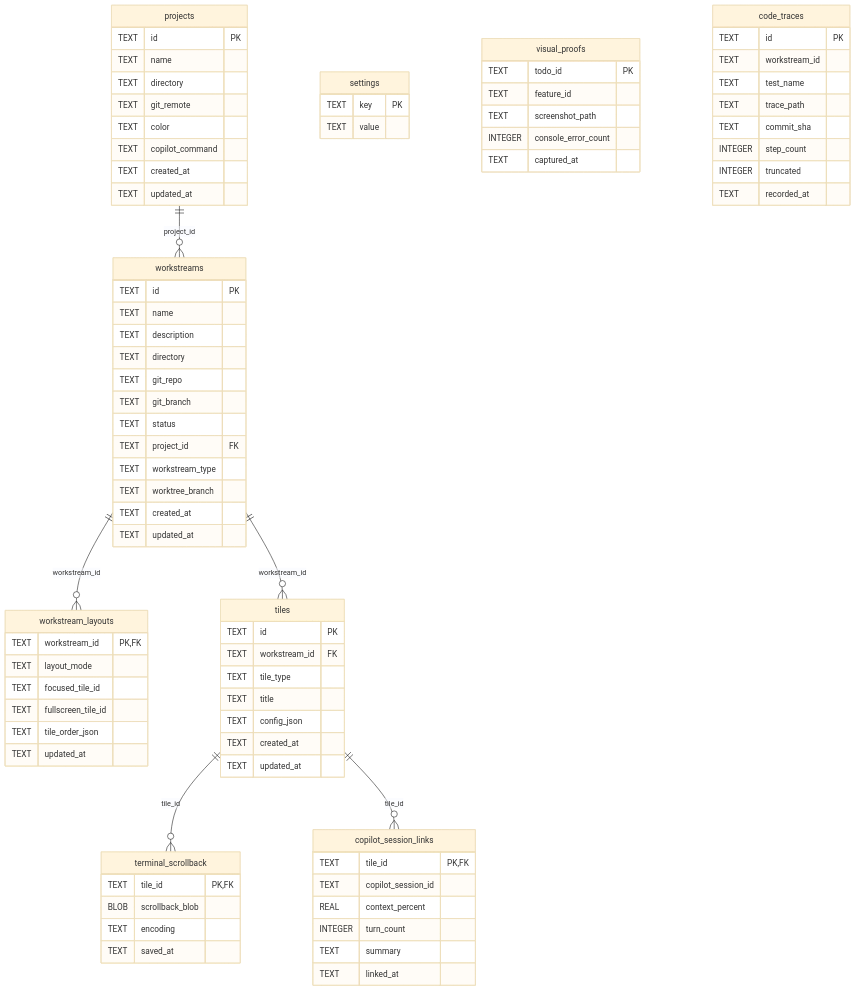
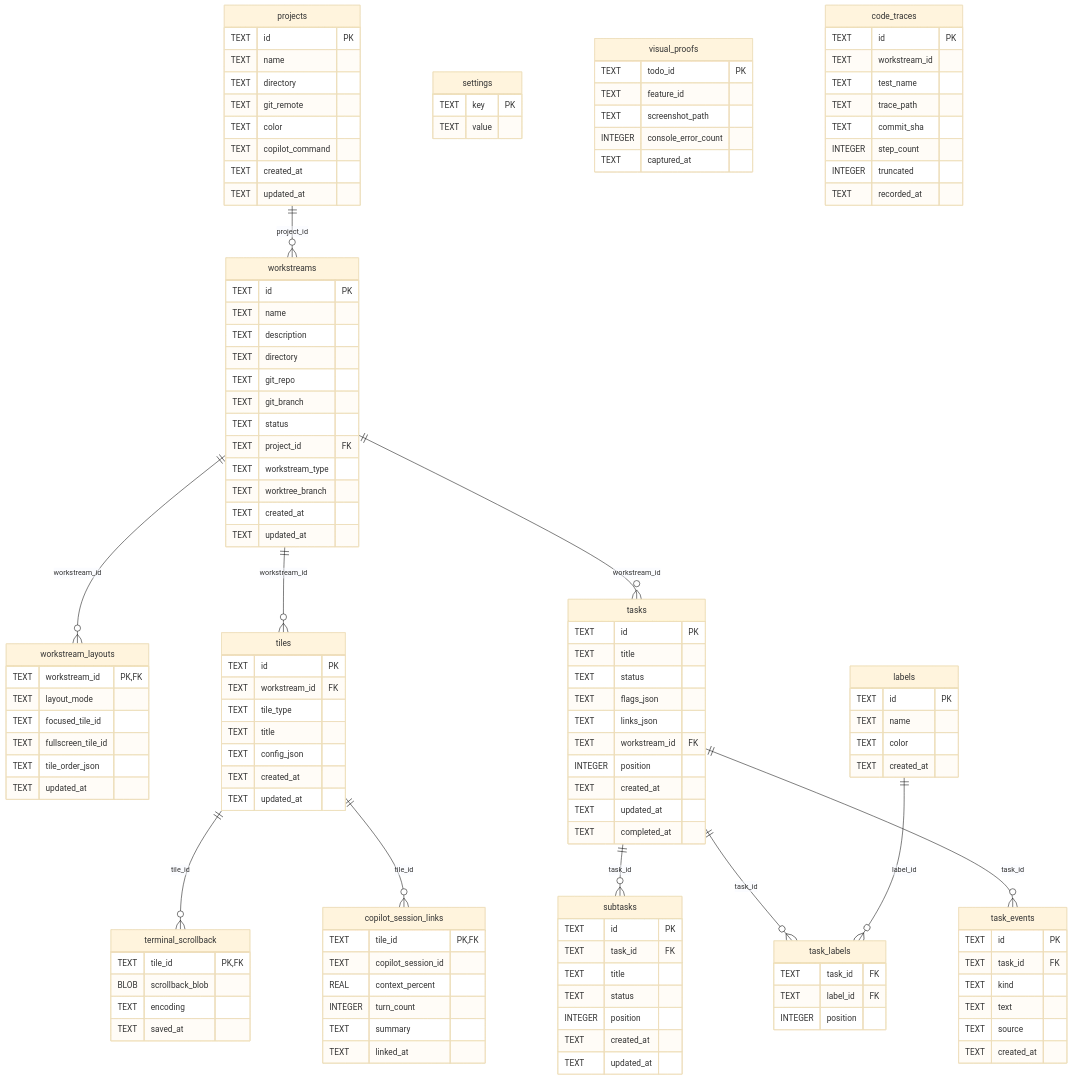
Before and after one commit to alejandroechev/workstreams: the diagram in docs/db-model.md, drawn with Mermaid (base theme). The commit also changed other lines of this file and 15 other files, not shown here.

First line of the commit message:
Add task/label/event domain model and backend

````diff
--- a/docs/db-model.md
+++ b/docs/db-model.md
@@ -22,6 +22,11 @@
   workstreams ||--o{ tiles : "workstream_id"
   tiles ||--o{ terminal_scrollback : "tile_id"
   tiles ||--o{ copilot_session_links : "tile_id"
+  workstreams ||--o{ tasks : "workstream_id"
+  tasks ||--o{ subtasks : "task_id"
+  tasks ||--o{ task_labels : "task_id"
+  labels ||--o{ task_labels : "label_id"
+  tasks ||--o{ task_events : "task_id"
   projects {
     TEXT id PK
     TEXT name
@@ -98,4 +103,44 @@
     INTEGER truncated
     TEXT recorded_at
   }
+  labels {
+    TEXT id PK
+    TEXT name
+    TEXT color
+    TEXT created_at
+  }
+  tasks {
+    TEXT id PK
+    TEXT title
+    TEXT status
+    TEXT flags_json
+    TEXT links_json
+    TEXT workstream_id FK
+    INTEGER position
+    TEXT created_at
+    TEXT updated_at
+    TEXT completed_at
+  }
+  subtasks {
+    TEXT id PK
+    TEXT task_id FK
+    TEXT title
+    TEXT status
+    INTEGER position
+    TEXT created_at
+    TEXT updated_at
+  }
+  task_labels {
+    TEXT task_id FK
+    TEXT label_id FK
+    INTEGER position
+  }
+  task_events {
+    TEXT id PK
+    TEXT task_id FK
+    TEXT kind
+    TEXT text
+    TEXT source
+    TEXT created_at
+  }
 ```
````
